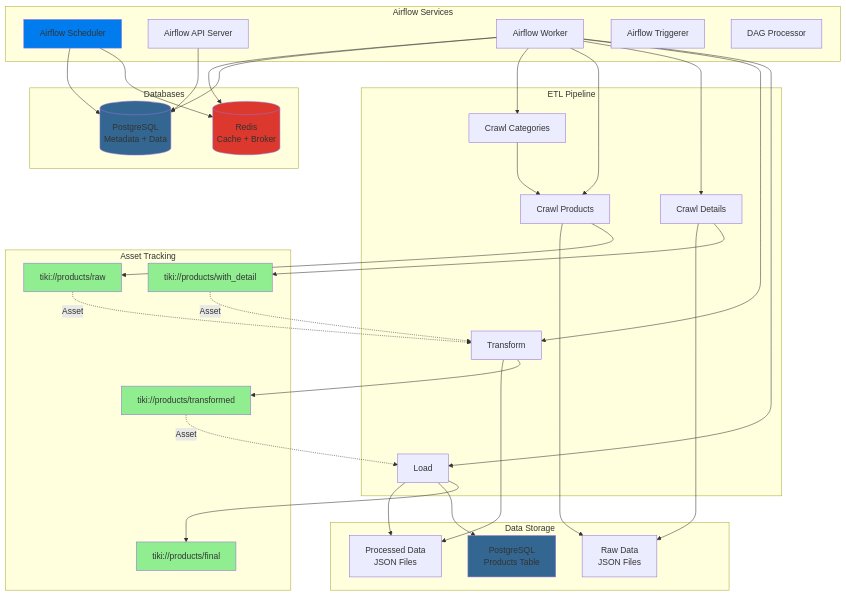
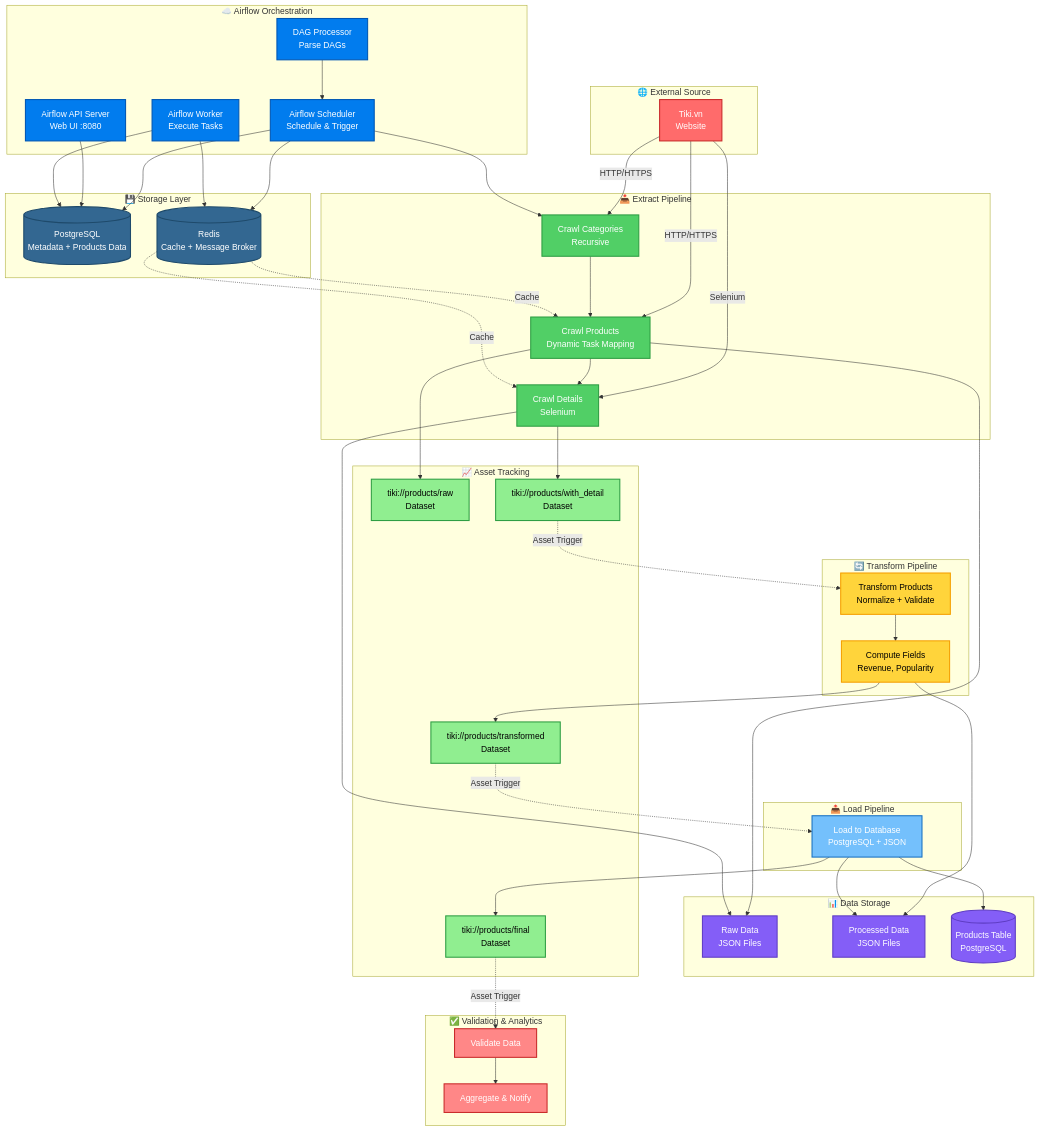
One commit to SeikoP/tiki-data-pipeline changed the diagram in README.md. Above: the diagram before and after it, drawn with Mermaid. The commit also changed other lines of this file and 4 other files, not shown here.

Commit message:
Revise README to enhance ETL pipeline architecture visualization. Update diagrams to include detailed subgraphs for extraction, transformation, loading, and validation processes. Add download links for architecture diagrams in various formats to improve accessibility and usability.

````diff
--- a/README.md
+++ b/README.md
@@ -161,71 +161,114 @@
 ```mermaid
 graph TB
-    subgraph "Airflow Services"
-        A[Airflow Scheduler]
-        B[Airflow API Server]
-        C[Airflow Worker]
-        D[Airflow Triggerer]
-        E[DAG Processor]
+    subgraph "🌐 External Source"
+        TIKI[Tiki.vn<br/>Website]
     end
     
-    subgraph "Databases"
-        F[(PostgreSQL<br/>Metadata + Data)]
-        G[(Redis<br/>Cache + Broker)]
+    subgraph "☁️ Airflow Orchestration"
+        SCHEDULER[Airflow Scheduler<br/>Schedule & Trigger]
+        API[Airflow API Server<br/>Web UI :8080]
+        WORKER[Airflow Worker<br/>Execute Tasks]
+        PROCESSOR[DAG Processor<br/>Parse DAGs]
     end
     
-    subgraph "ETL Pipeline"
-        H[Crawl Categories]
-        I[Crawl Products]
-        J[Crawl Details]
-        K[Transform]
-        L[Load]
+    subgraph "💾 Storage Layer"
+        POSTGRES[(PostgreSQL<br/>Metadata + Products Data)]
+        REDIS[(Redis<br/>Cache + Message Broker)]
     end
     
-    subgraph "Data Storage"
-        M[Raw Data<br/>JSON Files]
-        N[Processed Data<br/>JSON Files]
-        O[PostgreSQL<br/>Products Table]
+    subgraph "📥 Extract Pipeline"
+        CRAWL_CAT[Crawl Categories<br/>Recursive]
+        CRAWL_PROD[Crawl Products<br/>Dynamic Task Mapping]
+        CRAWL_DETAIL[Crawl Details<br/>Selenium]
     end
     
-    subgraph "Asset Tracking"
-        P[tiki://products/raw]
-        Q[tiki://products/with_detail]
-        R[tiki://products/transformed]
-        S[tiki://products/final]
+    subgraph "🔄 Transform Pipeline"
+        TRANSFORM[Transform Products<br/>Normalize + Validate]
+        COMPUTE[Compute Fields<br/>Revenue, Popularity]
     end
     
-    A --> F
-    A --> G
-    B --> F
-    C --> G
-    C --> F
-    C --> H
-    C --> I
-    C --> J
-    C --> K
-    C --> L
+    subgraph "📤 Load Pipeline"
+        LOAD[Load to Database<br/>PostgreSQL + JSON]
+    end
     
-    H --> I
-    I --> M
-    I --> P
-    J --> M
-    J --> Q
-    K --> N
-    K --> R
-    L --> N
-    L --> O
-    L --> S
+    subgraph "📊 Data Storage"
+        RAW_JSON[Raw Data<br/>JSON Files]
+        PROCESSED_JSON[Processed Data<br/>JSON Files]
+        DB_TABLE[(Products Table<br/>PostgreSQL)]
+    end
     
-    P -.->|Asset| K
-    Q -.->|Asset| K
-    R -.->|Asset| L
+    subgraph "📈 Asset Tracking"
+        ASSET_RAW[tiki://products/raw<br/>Dataset]
+        ASSET_DETAIL[tiki://products/with_detail<br/>Dataset]
+        ASSET_TRANS[tiki://products/transformed<br/>Dataset]
+        ASSET_FINAL[tiki://products/final<br/>Dataset]
+    end
     
-    style F fill:#336791
-    style G fill:#DC382D
-    style A fill:#017CEE
-    style O fill:#336791
-    style P fill:#90EE90
-    style Q fill:#90EE90
-    style R fill:#90EE90
-    style S fill:#90EE90
+    subgraph "✅ Validation & Analytics"
+        VALIDATE[Validate Data]
+        AGGREGATE[Aggregate & Notify]
+    end
+    
+    %% External to Crawl
+    TIKI -->|HTTP/HTTPS| CRAWL_CAT
+    TIKI -->|HTTP/HTTPS| CRAWL_PROD
+    TIKI -->|Selenium| CRAWL_DETAIL
+    
+    %% Airflow Orchestration
+    SCHEDULER --> POSTGRES
+    SCHEDULER --> REDIS
+    API --> POSTGRES
+    WORKER --> REDIS
+    WORKER --> POSTGRES
+    PROCESSOR --> SCHEDULER
+    
+    %% Extract Flow
+    SCHEDULER --> CRAWL_CAT
+    CRAWL_CAT --> CRAWL_PROD
+    CRAWL_PROD --> RAW_JSON
+    CRAWL_PROD --> ASSET_RAW
+    CRAWL_PROD --> CRAWL_DETAIL
+    CRAWL_DETAIL --> RAW_JSON
+    CRAWL_DETAIL --> ASSET_DETAIL
+    
+    %% Transform Flow
+    ASSET_DETAIL -.->|Asset Trigger| TRANSFORM
+    TRANSFORM --> COMPUTE
+    COMPUTE --> PROCESSED_JSON
+    COMPUTE --> ASSET_TRANS
+    
+    %% Load Flow
+    ASSET_TRANS -.->|Asset Trigger| LOAD
+    LOAD --> DB_TABLE
+    LOAD --> PROCESSED_JSON
+    LOAD --> ASSET_FINAL
+    
+    %% Validation
+    ASSET_FINAL -.->|Asset Trigger| VALIDATE
+    VALIDATE --> AGGREGATE
+    
+    %% Cache
+    REDIS -.->|Cache| CRAWL_DETAIL
+    REDIS -.->|Cache| CRAWL_PROD
+    
+    %% Styling
+    classDef external fill:#FF6B6B,stroke:#C92A2A,stroke-width:2px,color:#fff
+    classDef airflow fill:#017CEE,stroke:#0056B3,stroke-width:2px,color:#fff
+    classDef storage fill:#336791,stroke:#1E4A6B,stroke-width:2px,color:#fff
+    classDef extract fill:#51CF66,stroke:#2F9E44,stroke-width:2px,color:#fff
+    classDef transform fill:#FFD43B,stroke:#F59F00,stroke-width:2px,color:#000
+    classDef load fill:#74C0FC,stroke:#1971C2,stroke-width:2px,color:#fff
+    classDef data fill:#845EF7,stroke:#5F3DC4,stroke-width:2px,color:#fff
+    classDef asset fill:#90EE90,stroke:#2F9E44,stroke-width:2px,color:#000
+    classDef validate fill:#FF8787,stroke:#C92A2A,stroke-width:2px,color:#fff
+    
+    class TIKI external
+    class SCHEDULER,API,WORKER,PROCESSOR airflow
+    class POSTGRES,REDIS storage
+    class CRAWL_CAT,CRAWL_PROD,CRAWL_DETAIL extract
+    class TRANSFORM,COMPUTE transform
+    class LOAD load
+    class RAW_JSON,PROCESSED_JSON,DB_TABLE data
+    class ASSET_RAW,ASSET_DETAIL,ASSET_TRANS,ASSET_FINAL asset
+    class VALIDATE,AGGREGATE validate
 ```
````
